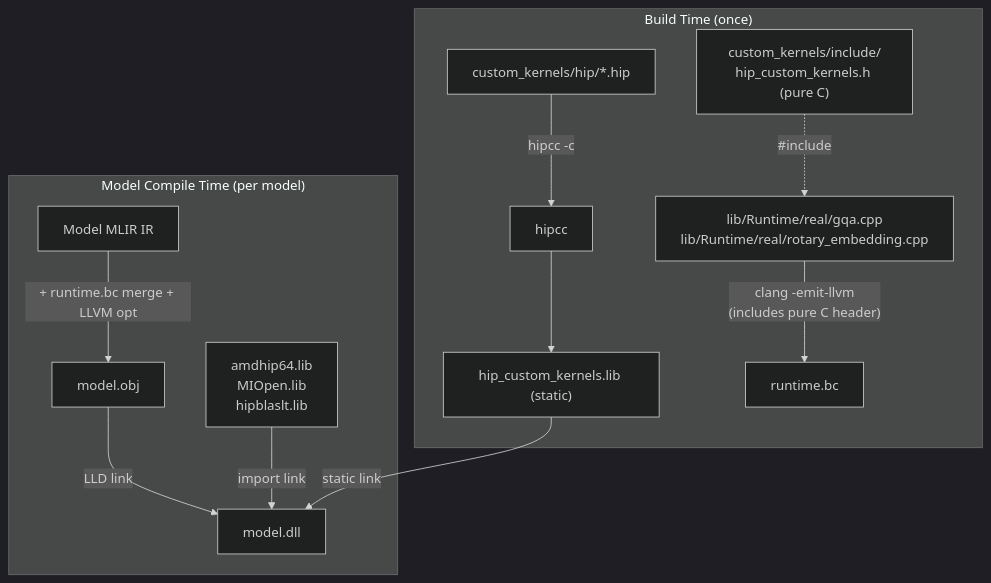
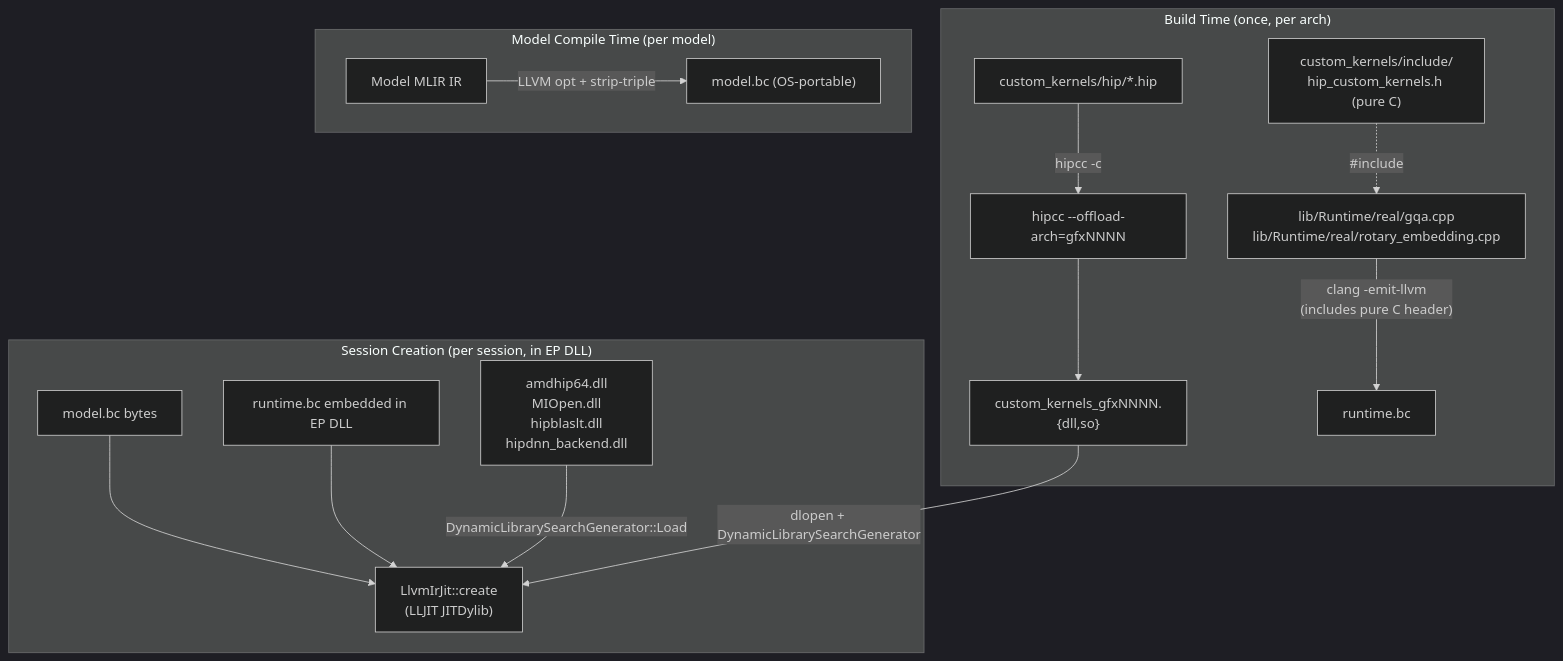
The diagram in docs/design/custom_kernel_design.md (ROCm/hip-ep), drawn with Mermaid (dark theme) before and after one commit. The commit also changed other lines of this file and 65 other files, not shown here.

First line of the commit message:
feat: dual-format compiled artifacts, per-arch kernels, unified artifact-format constants

````diff
--- a/docs/design/custom_kernel_design.md
+++ b/docs/design/custom_kernel_design.md
@@ -11,25 +11,31 @@
 ```mermaid
 flowchart TD
-    subgraph buildTime ["Build Time (once)"]
+    subgraph buildTime ["Build Time (once, per arch)"]
         HIP["custom_kernels/hip/*.hip"]
-        HIPCC["hipcc"]
-        KLIB["hip_custom_kernels.lib (static)"]
-        HIP -->|"hipcc -c"| HIPCC --> KLIB
+        HIPCC["hipcc --offload-arch=gfxNNNN"]
+        KSO["custom_kernels_gfxNNNN.{dll,so}"]
+        HIP -->|"hipcc -c"| HIPCC --> KSO
 
         RT["lib/Runtime/real/gqa.cpp\nlib/Runtime/real/rotary_embedding.cpp"]
         HDR["custom_kernels/include/\nhip_custom_kernels.h (pure C)"]
         BC["runtime.bc"]
         RT -->|"clang -emit-llvm\n(includes pure C header)"| BC
         HDR -.->|"#include"| RT
     end
 
     subgraph modelCompile ["Model Compile Time (per model)"]
         MIR["Model MLIR IR"]
-        OBJ["model.obj"]
-        DLL["model.dll"]
-        MIR -->|"+ runtime.bc merge + LLVM opt"| OBJ
-        OBJ -->|"LLD link"| DLL
-        KLIB -->|"static link"| DLL
-        ROCM["amdhip64.lib\nMIOpen.lib\nhipblaslt.lib"] -->|"import link"| DLL
+        BCOUT["model.bc (OS-portable)"]
+        MIR -->|"LLVM opt + strip-triple"| BCOUT
+    end
+
+    subgraph runtime ["Session Creation (per session, in EP DLL)"]
+        BCIN["model.bc bytes"]
+        EMBED["runtime.bc embedded in EP DLL"]
+        JIT["LlvmIrJit::create\n(LLJIT JITDylib)"]
+        BCIN --> JIT
+        EMBED --> JIT
+        KSO -->|"dlopen + DynamicLibrarySearchGenerator"| JIT
+        ROCM["amdhip64.dll\nMIOpen.dll\nhipblaslt.dll\nhipdnn_backend.dll"] -->|"DynamicLibrarySearchGenerator::Load"| JIT
     end
 ```
````
